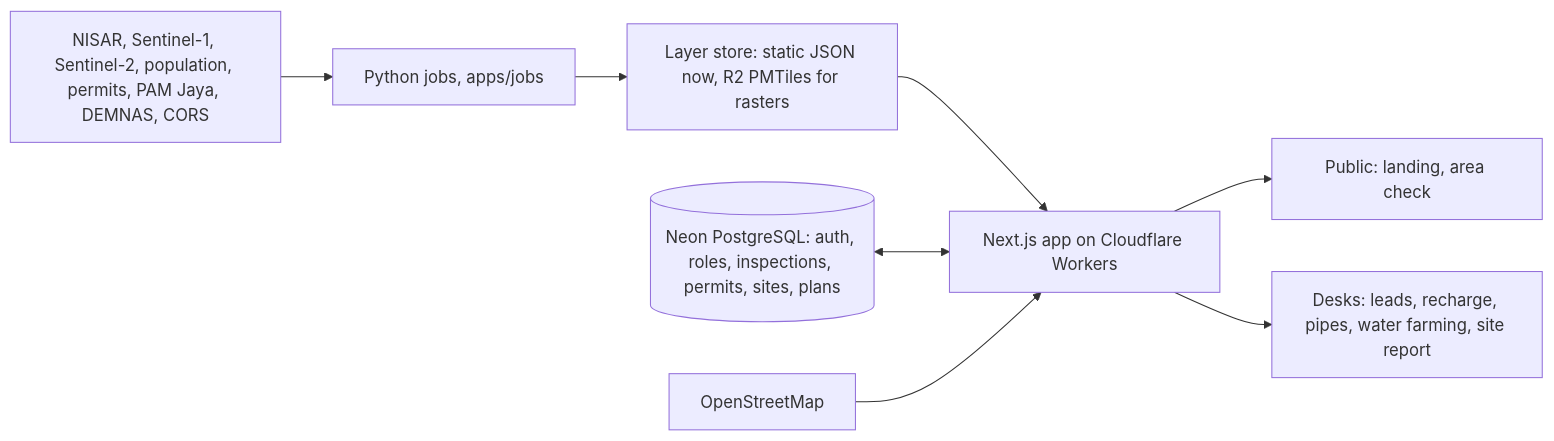
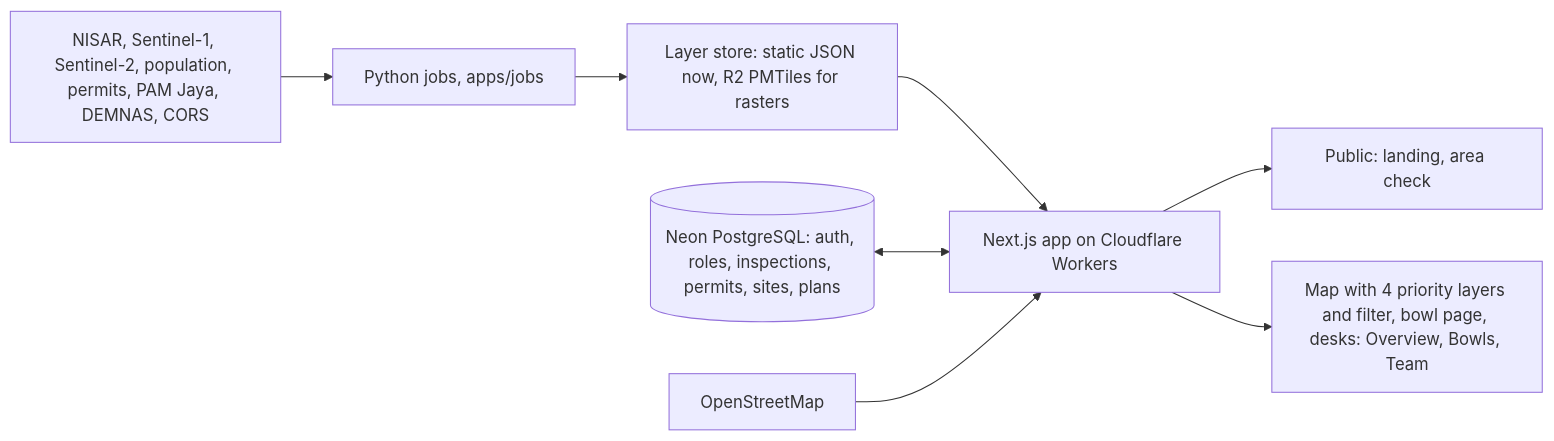
One commit to halmahera-dev/orbitalis changed the diagram in docs/prd-orbitalis.md. Above: the diagram before and after it, drawn with Mermaid. The commit also changed other lines of this file and 2 other files, not shown here.

Commit message:
docs: put the priority layers and filter on the existing map

````diff
--- a/docs/prd-orbitalis.md
+++ b/docs/prd-orbitalis.md
@@ -509,10 +515,10 @@
 ```mermaid
 flowchart LR
     SRC[NISAR, Sentinel-1, Sentinel-2, population, permits, PAM Jaya, DEMNAS, CORS] --> J[Python jobs, apps/jobs]
     J --> L[Layer store: static JSON now, R2 PMTiles for rasters]
     L --> W[Next.js app on Cloudflare Workers]
     DB[(Neon PostgreSQL: auth, roles, inspections, permits, sites, plans)] <--> W
     OSM[OpenStreetMap] --> W
     W --> P[Public: landing, area check]
-    W --> D[Desks: leads, recharge, pipes, water farming, site report]
+    W --> D[Map with 4 priority layers and filter, bowl page, desks: Overview, Bowls, Team]
 ```
````
